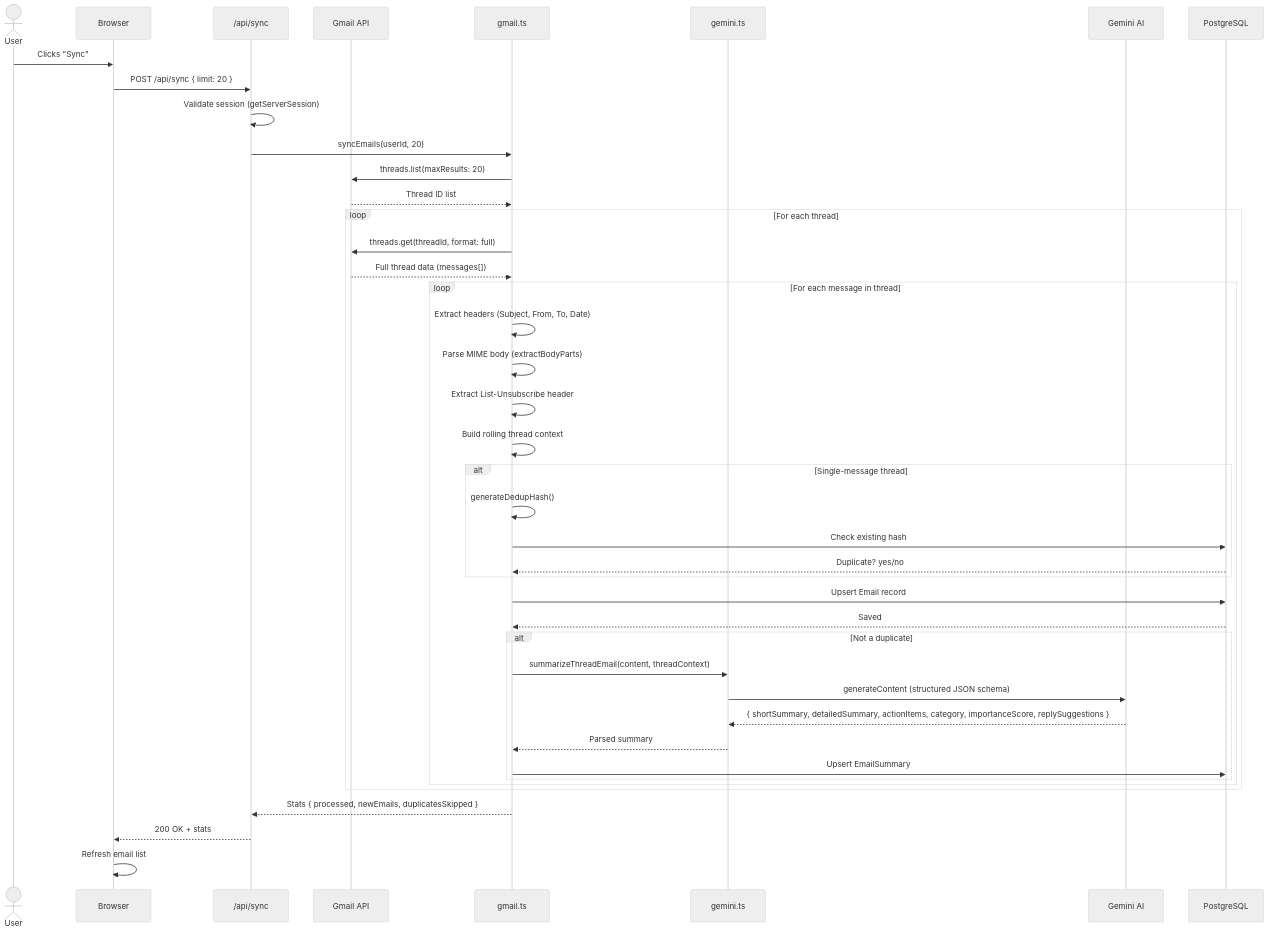
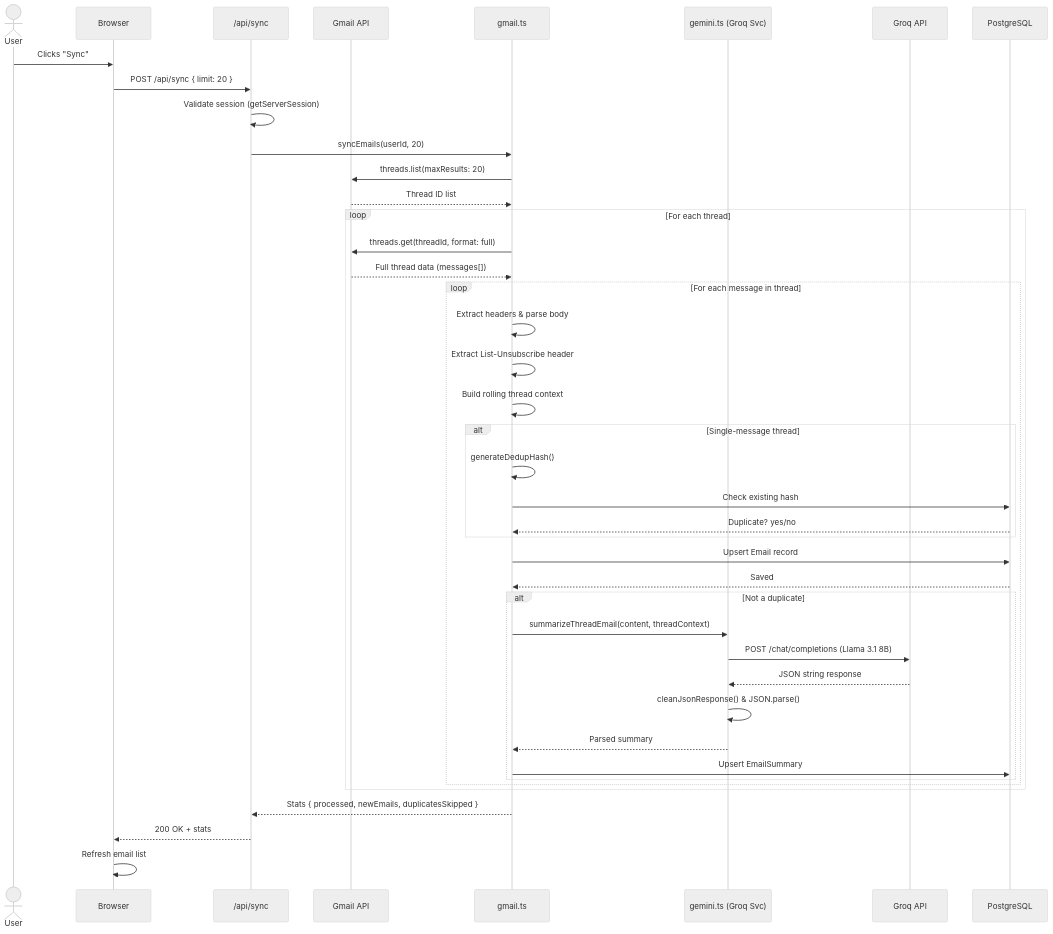
The third of 4 diagrams in ARCHITECTURE.md (Vamshidathrika/repeatless-email-ai-assistant), drawn with Mermaid (neutral theme) before and after one commit. The commit also changed other lines of this file and 2 other files, not shown here.

Commit message:
docs: update README, ARCHITECTURE, and DEPLOYMENT for Slack/Webhook integrations

````diff
--- a/ARCHITECTURE.md
+++ b/ARCHITECTURE.md
@@ -663,52 +366,52 @@
 ```mermaid
 sequenceDiagram
     actor User
     participant Client as Browser
     participant API as /api/sync
     participant Gmail as Gmail API
     participant Svc as gmail.ts
-    participant AI as gemini.ts
-    participant Gemini as Gemini AI
+    participant AI as gemini.ts (Groq Svc)
+    participant Groq as Groq API
     participant DB as PostgreSQL
 
     User->>Client: Clicks "Sync"
     Client->>API: POST /api/sync { limit: 20 }
     API->>API: Validate session (getServerSession)
 
     API->>Svc: syncEmails(userId, 20)
     Svc->>Gmail: threads.list(maxResults: 20)
     Gmail-->>Svc: Thread ID list
 
     loop For each thread
         Svc->>Gmail: threads.get(threadId, format: full)
         Gmail-->>Svc: Full thread data (messages[])
 
         loop For each message in thread
-            Svc->>Svc: Extract headers (Subject, From, To, Date)
-            Svc->>Svc: Parse MIME body (extractBodyParts)
+            Svc->>Svc: Extract headers & parse body
             Svc->>Svc: Extract List-Unsubscribe header
             Svc->>Svc: Build rolling thread context
 
             alt Single-message thread
                 Svc->>Svc: generateDedupHash()
                 Svc->>DB: Check existing hash
                 DB-->>Svc: Duplicate? yes/no
             end
 
             Svc->>DB: Upsert Email record
             DB-->>Svc: Saved
 
             alt Not a duplicate
                 Svc->>AI: summarizeThreadEmail(content, threadContext)
-                AI->>Gemini: generateContent (structured JSON schema)
-                Gemini-->>AI: { shortSummary, detailedSummary, actionItems, category, importanceScore, replySuggestions }
+                AI->>Groq: POST /chat/completions (Llama 3.1 8B)
+                Groq-->>AI: JSON string response
+                AI->>AI: cleanJsonResponse() & JSON.parse()
                 AI-->>Svc: Parsed summary
                 Svc->>DB: Upsert EmailSummary
             end
         end
     end
 
     Svc-->>API: Stats { processed, newEmails, duplicatesSkipped }
     API-->>Client: 200 OK + stats
     Client->>Client: Refresh email list
 ```
````
